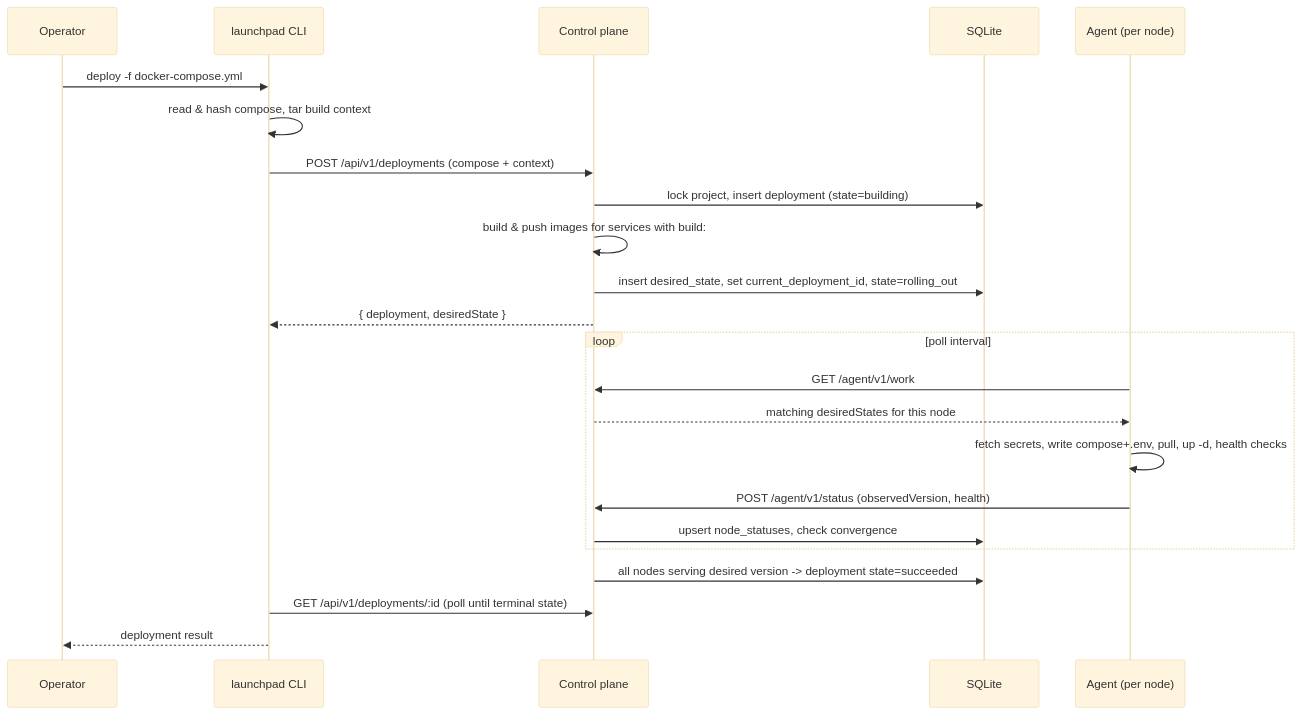
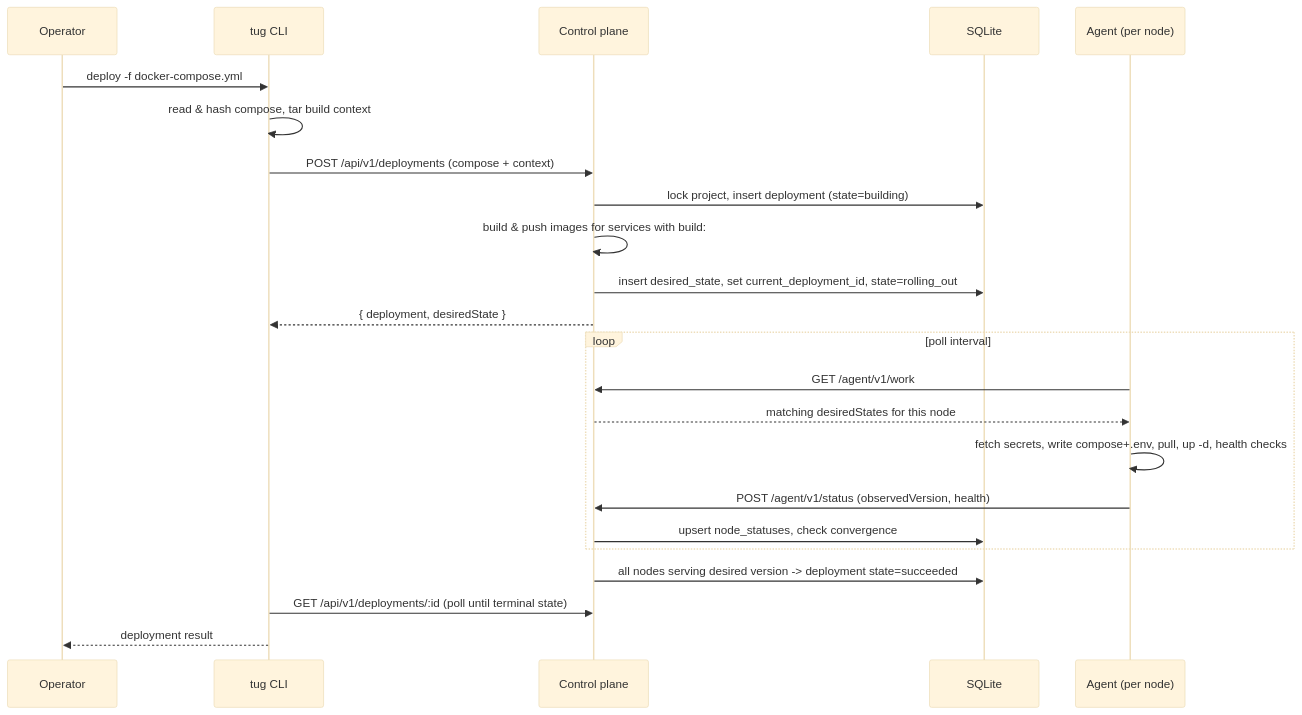
One commit to wpelevator/tug changed the third of 4 diagrams in docs/architecture.md. Above: the diagram before and after it, drawn with Mermaid (base theme). The commit also changed other lines of this file and 56 other files, not shown here.

First line of the commit message:
Rename Launchpad to Tug

````diff
--- a/docs/architecture.md
+++ b/docs/architecture.md
@@ -83,26 +83,26 @@
 ```mermaid
 sequenceDiagram
     participant Op as Operator
-    participant CLI as launchpad CLI
+    participant CLI as tug CLI
     participant Ctrl as Control plane
     participant DB as SQLite
     participant Agent as Agent (per node)
 
     Op->>CLI: deploy -f docker-compose.yml
     CLI->>CLI: read & hash compose, tar build context
     CLI->>Ctrl: POST /api/v1/deployments (compose + context)
     Ctrl->>DB: lock project, insert deployment (state=building)
     Ctrl->>Ctrl: build & push images for services with build:
     Ctrl->>DB: insert desired_state, set current_deployment_id, state=rolling_out
     Ctrl-->>CLI: { deployment, desiredState }
     loop poll interval
         Agent->>Ctrl: GET /agent/v1/work
         Ctrl-->>Agent: matching desiredStates for this node
         Agent->>Agent: fetch secrets, write compose+.env, pull, up -d, health checks
         Agent->>Ctrl: POST /agent/v1/status (observedVersion, health)
         Ctrl->>DB: upsert node_statuses, check convergence
     end
     Ctrl->>DB: all nodes serving desired version -> deployment state=succeeded
     CLI->>Ctrl: GET /api/v1/deployments/:id (poll until terminal state)
     CLI-->>Op: deployment result
 ```
````
